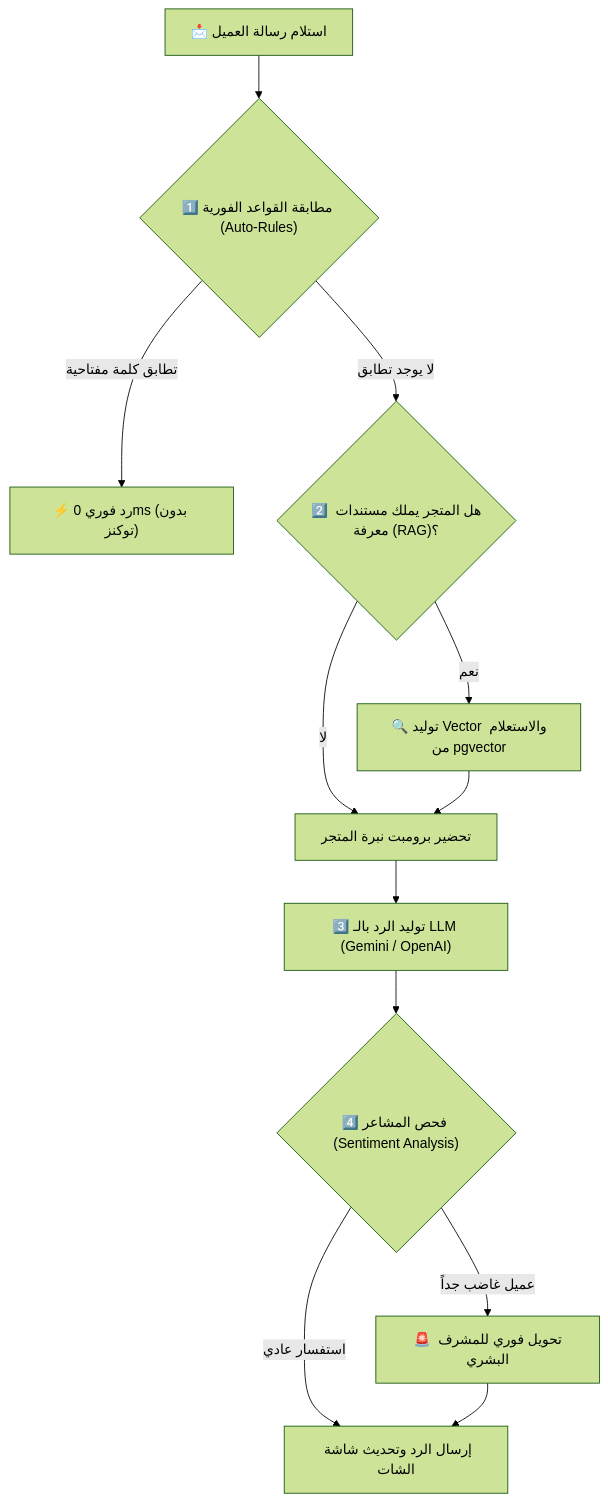
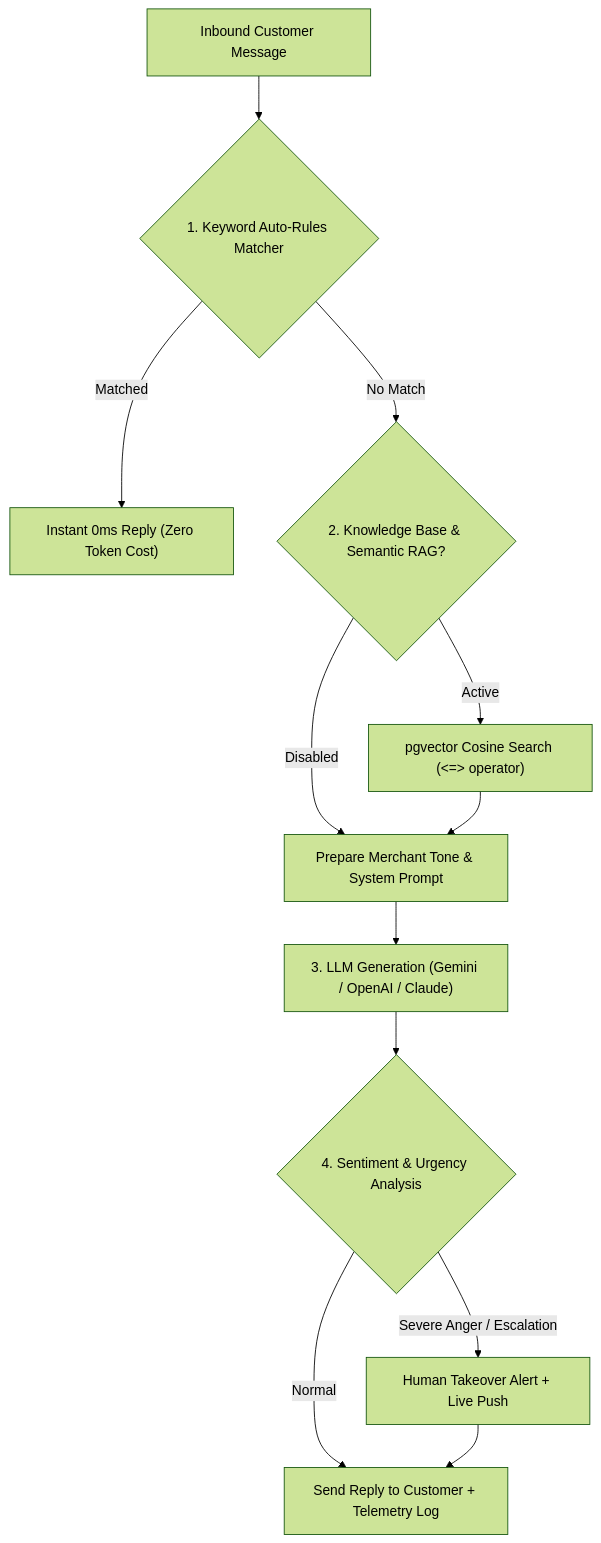
Before and after one commit to abdo544445/rudood-platform-v2: the third of 3 diagrams in DOCS/v2/RUDOOD_PLATFORM_V2_COMPLETE_ARCHITECTURE_OUTLINE.md, drawn with Mermaid (forest theme). The commit also changed other lines of this file and 3 other files, not shown here.

Commit message:
docs: update v2 platform documentation for architecture, testing, and student guidelines

````diff
--- a/DOCS/v2/RUDOOD_PLATFORM_V2_COMPLETE_ARCHITECTURE_OUTLINE.md
+++ b/DOCS/v2/RUDOOD_PLATFORM_V2_COMPLETE_ARCHITECTURE_OUTLINE.md
@@ -200,18 +220,18 @@
 ```mermaid
 flowchart TD
-    IN["📩 استلام رسالة العميل"] --> TIER1{"1️⃣ مطابقة القواعد الفورية (Auto-Rules)"}
+    IN["Inbound Customer Message"] --> TIER1{"1. Keyword Auto-Rules Matcher"}
     
-    TIER1 -- "تطابق كلمة مفتاحية" --> R1["⚡ رد فوري 0ms (بدون توكنز)"]
-    TIER1 -- "لا يوجد تطابق" --> TIER2{"2️⃣ هل المتجر يملك مستندات معرفة (RAG)؟"}
+    TIER1 -- "Matched" --> R1["Instant 0ms Reply (Zero Token Cost)"]
+    TIER1 -- "No Match" --> TIER2{"2. Knowledge Base & Semantic RAG?"}
     
-    TIER2 -- "نعم" --> VEC["🔍 توليد Vector والاستعلام من pgvector"]
-    TIER2 -- "لا" --> PROMPT["تحضير برومبت نبرة المتجر"]
+    TIER2 -- "Active" --> VEC["pgvector Cosine Search (<=> operator)"]
+    TIER2 -- "Disabled" --> PROMPT["Prepare Merchant Tone & System Prompt"]
     
     VEC --> PROMPT
-    PROMPT --> LLM["3️⃣ توليد الرد بالـ LLM (Gemini / OpenAI)"]
-    LLM --> SENT{"4️⃣ فحص المشاعر (Sentiment Analysis)"}
+    PROMPT --> LLM["3. LLM Generation (Gemini / OpenAI / Claude)"]
+    LLM --> SENT{"4. Sentiment & Urgency Analysis"}
     
-    SENT -- "عميل غاضب جداً" --> ESC["🚨 تحويل فوري للمشرف البشري"]
-    SENT -- "استفسار عادي" --> OUT["إرسال الرد وتحديث شاشة الشات"]
+    SENT -- "Severe Anger / Escalation" --> ESC["Human Takeover Alert + Live Push"]
+    SENT -- "Normal" --> OUT["Send Reply to Customer + Telemetry Log"]
     ESC --> OUT
 ```
````
